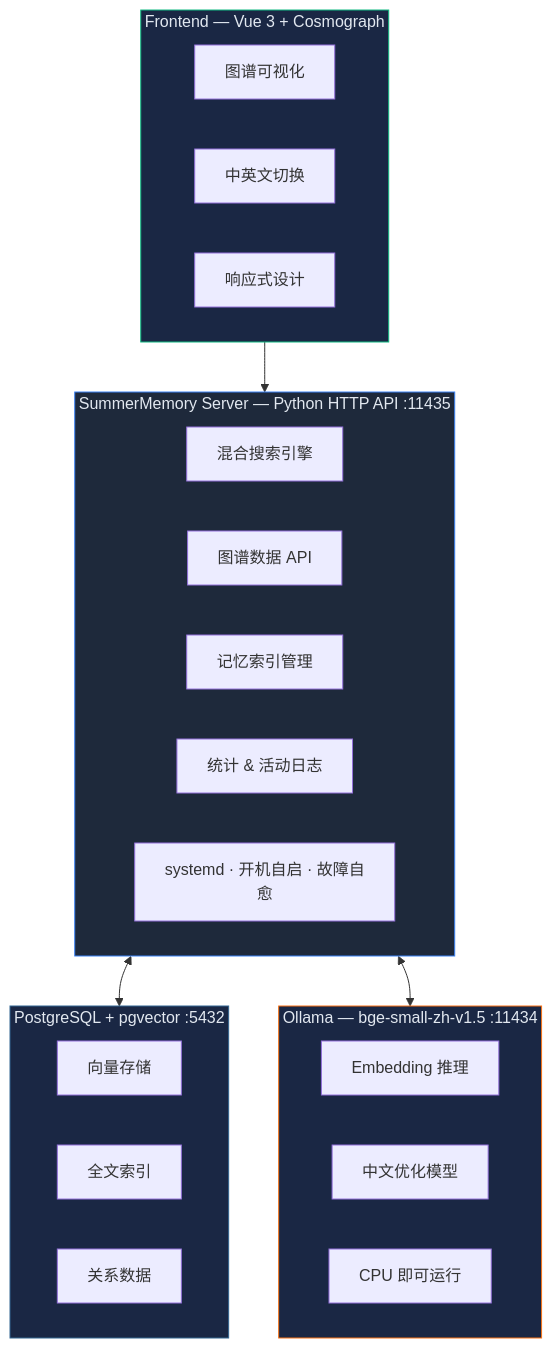
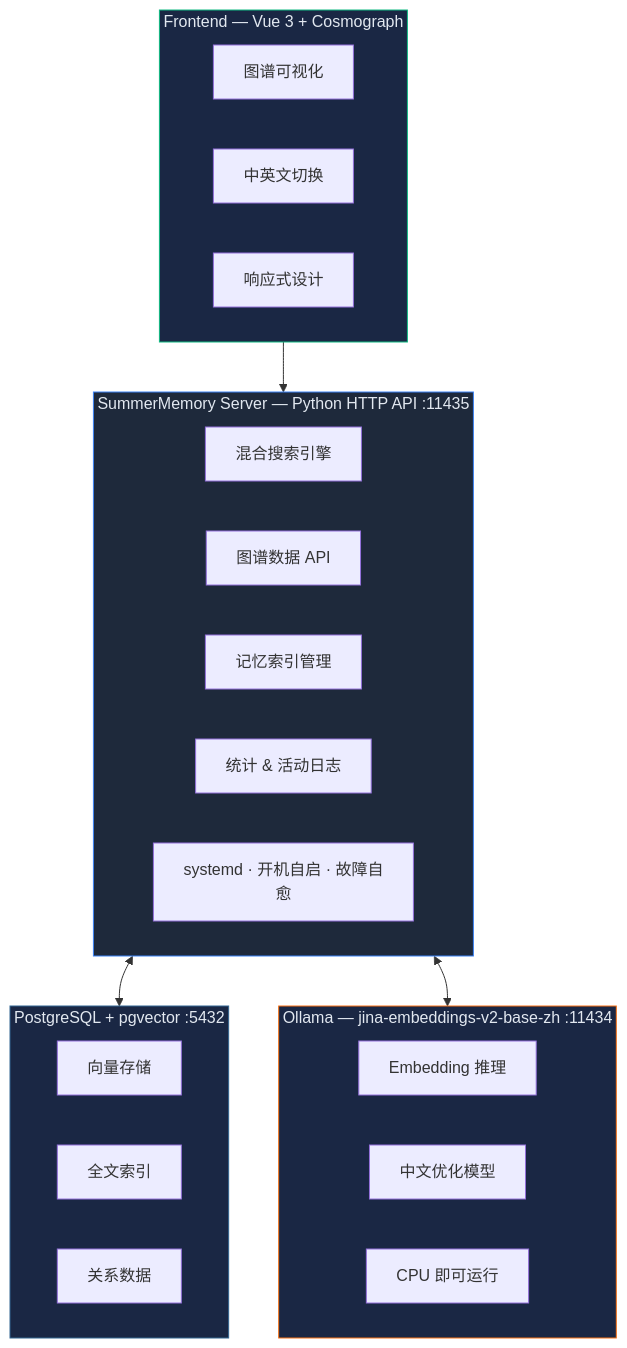
The second of 2 diagrams in README.md (Likefr/SummerMemory), drawn with Mermaid before and after one commit. The commit also changed other lines of this file, not shown here.

Commit message:
docs: 升级 embedding 模型 bge-small-zh → jina-embeddings-v2-base-zh (512维→768维, 8192 token context)

````diff
--- a/README.md
+++ b/README.md
@@ -282,38 +283,38 @@
 ```mermaid
 flowchart TB
     subgraph Server["SummerMemory Server — Python HTTP API :11435"]
         direction LR
         S1["混合搜索引擎"]
         S2["图谱数据 API"]
         S3["记忆索引管理"]
         S4["统计 & 活动日志"]
         S5["systemd · 开机自启 · 故障自愈"]
     end
 
     subgraph DB["PostgreSQL + pgvector :5432"]
         D1["向量存储"]
         D2["全文索引"]
         D3["关系数据"]
     end
 
-    subgraph Ollama["Ollama — bge-small-zh-v1.5 :11434"]
+    subgraph Ollama["Ollama — jina-embeddings-v2-base-zh :11434"]
         O1["Embedding 推理"]
         O2["中文优化模型"]
         O3["CPU 即可运行"]
     end
 
     subgraph Frontend["Frontend — Vue 3 + Cosmograph"]
         F1["图谱可视化"]
         F2["中英文切换"]
         F3["响应式设计"]
     end
 
     Server <--> DB
     Server <--> Ollama
     Frontend --> Server
 
     style Server fill:#1e293b,stroke:#3b82f6,color:#e2e8f0
     style DB fill:#1a2744,stroke:#336791,color:#e2e8f0
     style Ollama fill:#1a2744,stroke:#f97316,color:#e2e8f0
     style Frontend fill:#1a2744,stroke:#10b981,color:#e2e8f0
 ```
````
